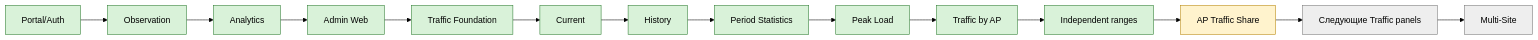
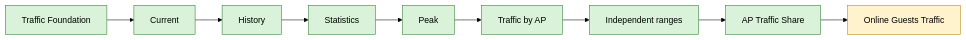
One commit to ZaurNavi/CaptivePortal changed diagram 16 of 18 in README_RU.md. Above: the diagram before and after it, drawn with Mermaid (forest theme). The commit also changed other lines of this file and 11 other files, not shown here.

````diff
--- a/README_RU.md
+++ b/README_RU.md
@@ -791,20 +761,6 @@
 ```mermaid
 flowchart LR
-    P[Portal/Auth]:::done --> O[Observation]:::done
-    O --> A[Analytics]:::done
-    A --> W[Admin Web]:::done
-    W --> T0[Traffic Foundation]:::done
-    T0 --> T1[Current]:::done
-    T1 --> T2[History]:::done
-    T2 --> T3[Period Statistics]:::done
-    T3 --> T4[Peak Load]:::done
-    T4 --> T5[Traffic by AP]:::done
-    T5 --> R[Independent ranges]:::done
-    R --> T6[AP Traffic Share]:::next
-    T6 --> TP[Следующие Traffic panels]:::future
-    TP --> MS[Multi-Site]:::future
-
+    T0[Traffic Foundation]:::done --> T1[Current]:::done --> T2[History]:::done --> T3[Statistics]:::done --> T4[Peak]:::done --> T5[Traffic by AP]:::done --> R[Independent ranges]:::done --> T6[AP Traffic Share]:::done --> T7[Online Guests Traffic]:::next
     classDef done fill:#d9f2d9,stroke:#2e7d32,color:#000;
     classDef next fill:#fff3cd,stroke:#b8860b,color:#000;
-    classDef future fill:#eeeeee,stroke:#777,color:#000;
 ```
````
